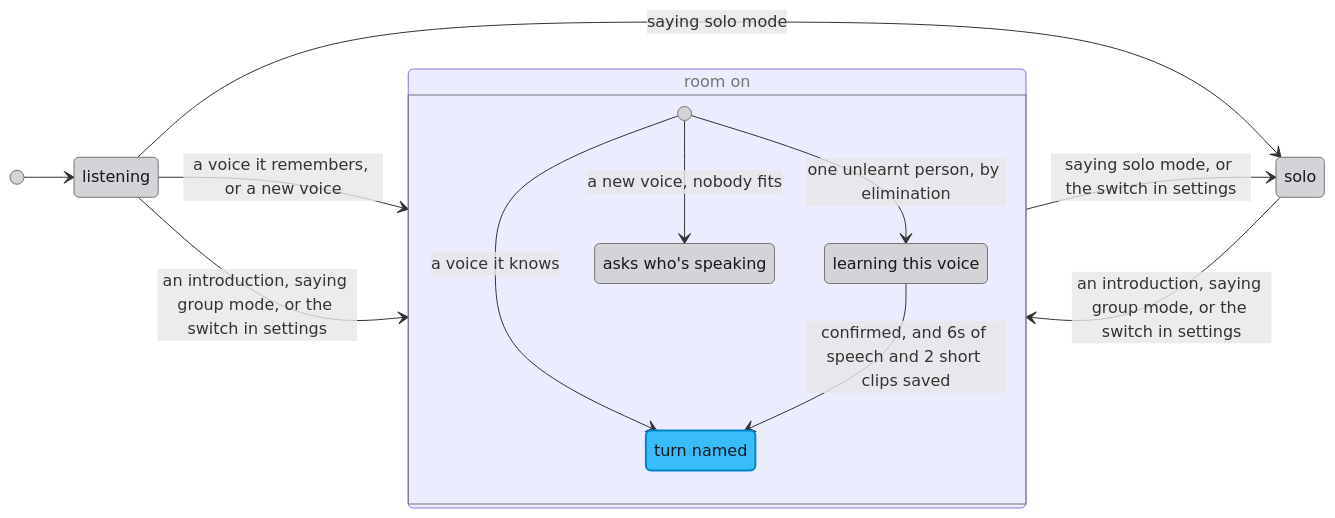
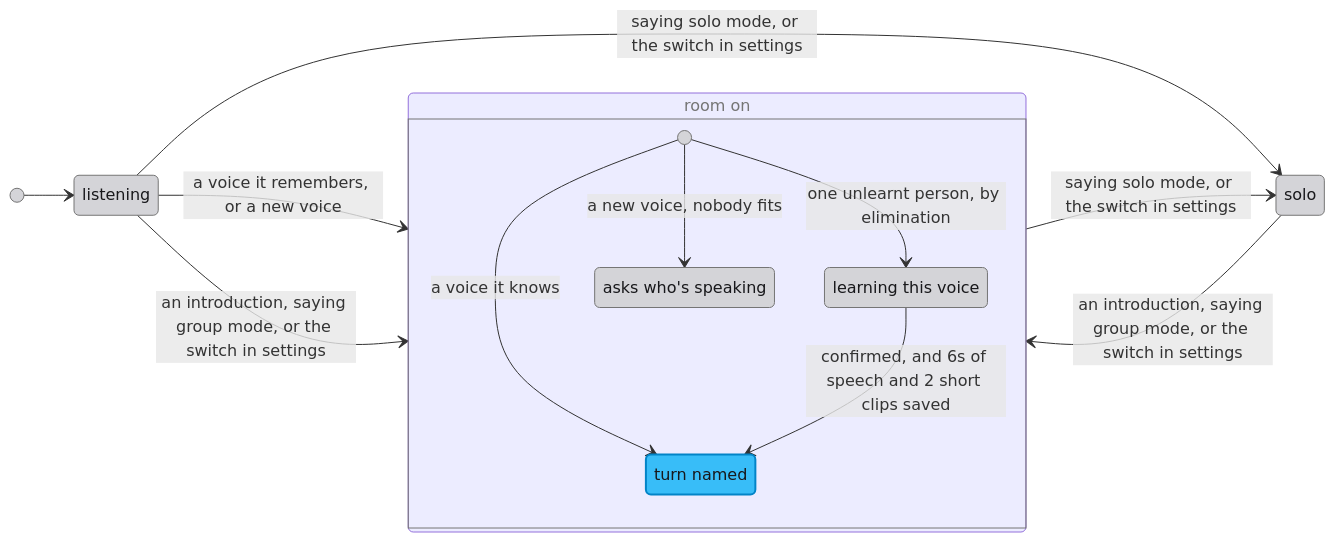
Before and after one commit to shawn-durrani/crossband: the diagram in docs/VOICE_ID.md, drawn with Mermaid. The commit also changed other lines of this file and 3 other files, not shown here.

````diff
--- a/docs/VOICE_ID.md
+++ b/docs/VOICE_ID.md
@@ -302,25 +303,25 @@
 ```mermaid
 stateDiagram-v2
   direction LR
   classDef node fill:#d4d4d8,stroke:#757575,color:#18181b
   classDef hero fill:#38bdf8,stroke:#0284c7,color:#18181b,stroke-width:2px
   classDef boundary fill:transparent,stroke:#757575,color:#757575
   state "room on" as room {
     named: turn named
     learning: learning this voice
     asked: asks who's speaking
     [*] --> named: a voice it knows
     [*] --> learning: one unlearnt person, by elimination
     [*] --> asked: a new voice, nobody fits
     learning --> named: confirmed, and 6s of speech and 2 short clips saved
   }
   [*] --> listening
   listening --> room: a voice it remembers, or a new voice
   listening --> room: an introduction, saying group mode, or the switch in settings
-  listening --> solo: saying solo mode
+  listening --> solo: saying solo mode, or the switch in settings
   room --> solo: saying solo mode, or the switch in settings
   solo --> room: an introduction, saying group mode, or the switch in settings
   class listening,solo,learning,asked node
   class named hero
   class room boundary
 ```
````
